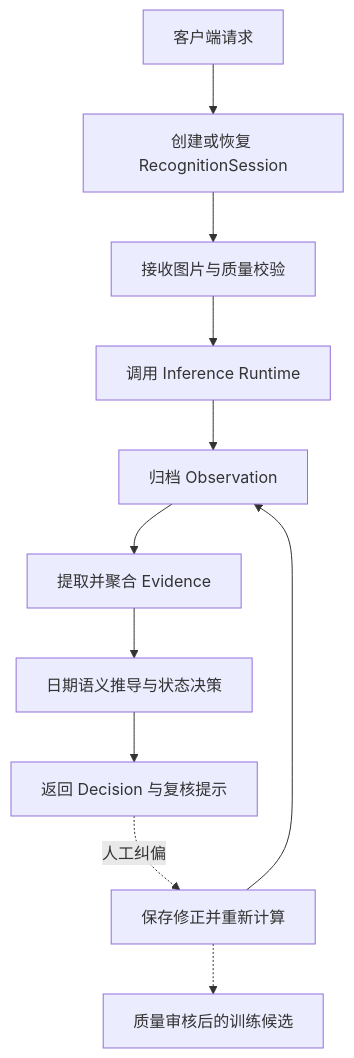
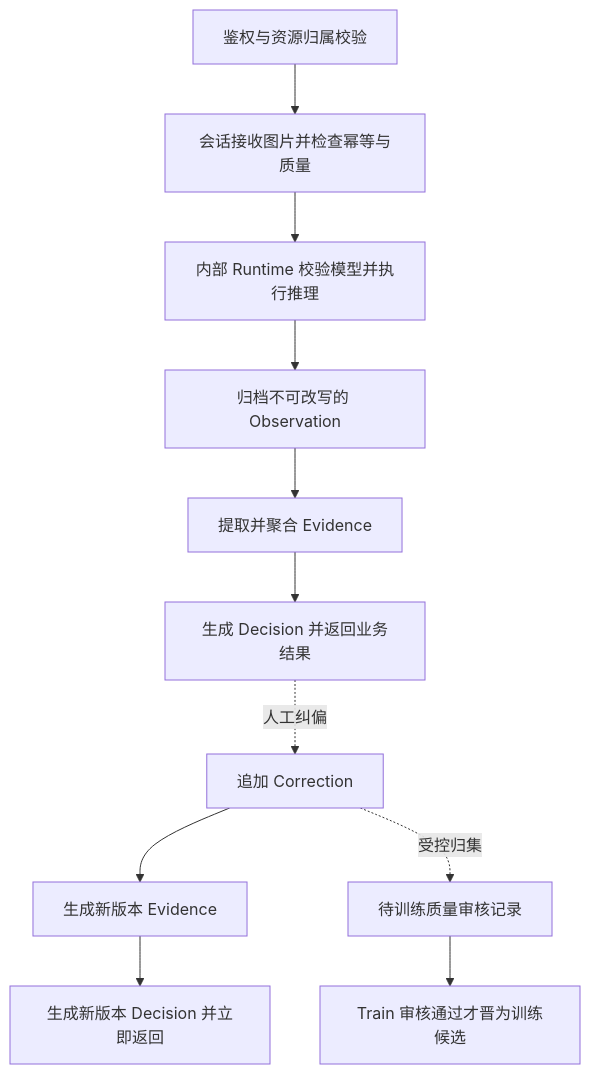
The diagram in README.md (QingMouFoodDate/InferPlatform), drawn with Mermaid before and after one commit. The commit also changed other lines of this file, not shown here.

````diff
--- a/README.md
+++ b/README.md
@@ -48,13 +42,13 @@
 ```mermaid
 flowchart TD
-    A["客户端请求"] --> B["创建或恢复 RecognitionSession"]
-    B --> C["接收图片与质量校验"]
-    C --> D["调用 Inference Runtime"]
-    D --> E["归档 Observation"]
-    E --> F["提取并聚合 Evidence"]
-    F --> G["日期语义推导与状态决策"]
-    G --> H["返回 Decision 与复核提示"]
-    H -.->|"人工纠偏"| I["保存修正并重新计算"]
-    I --> E
-    I -.-> J["质量审核后的训练候选"]
+    A[鉴权与资源归属校验] --> B[会话接收图片并检查幂等与质量]
+    B --> C[内部 Runtime 校验模型并执行推理]
+    C --> D[归档不可改写的 Observation]
+    D --> E[提取并聚合 Evidence]
+    E --> F[生成 Decision 并返回业务结果]
+    F -.人工纠偏.-> G[追加 Correction]
+    G --> H[生成新版本 Evidence]
+    H --> I[生成新版本 Decision 并立即返回]
+    G -.受控归集.-> J[待训练质量审核记录]
+    J --> K[Train 审核通过才晋为训练候选]
 ```
````
